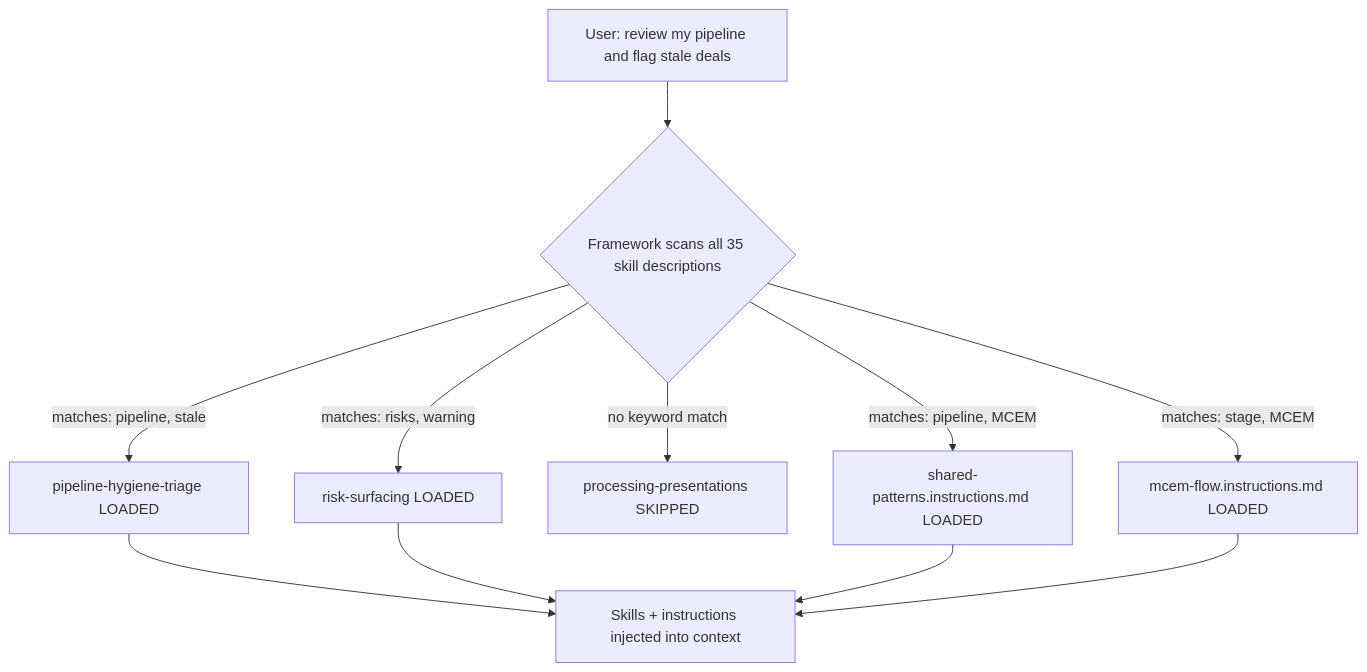
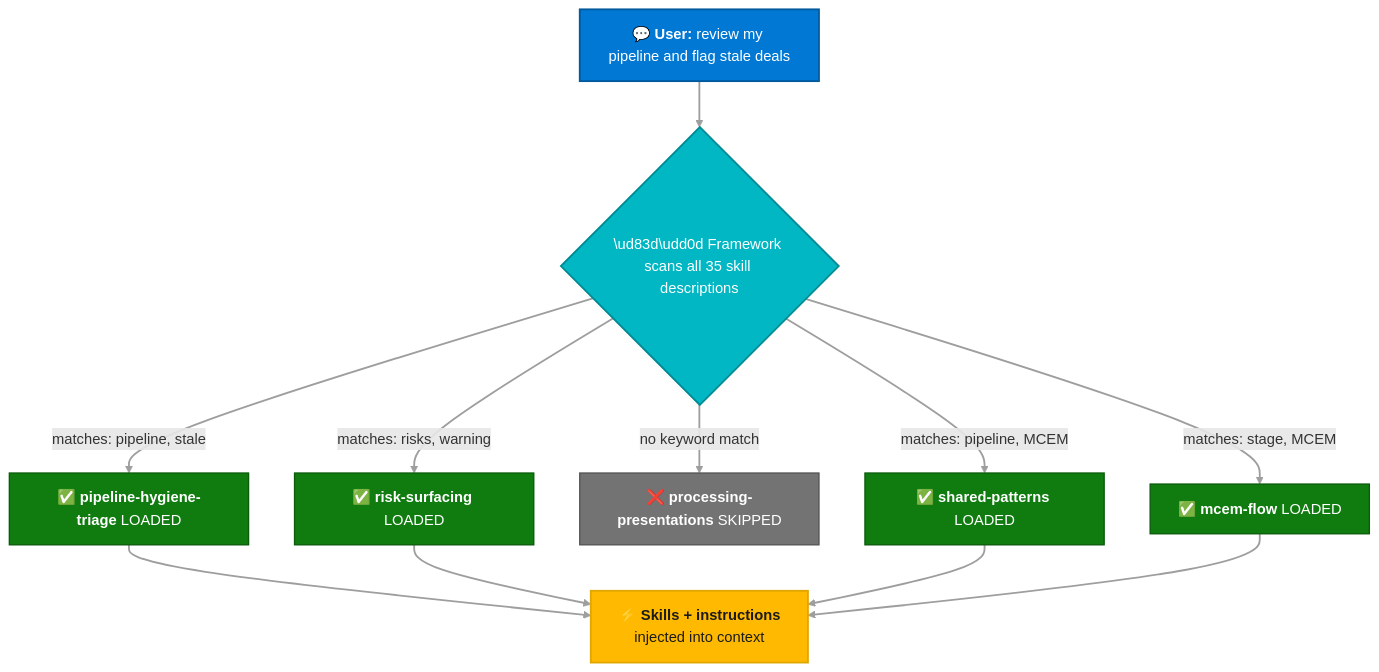
The second of 6 diagrams in site/docs/architecture/context-optimization.md (mjhoffmeister/MCAPS-IQ), drawn with Mermaid before and after one commit. The commit also changed other lines of this file and 57 other files, not shown here.

Commit message:
Refactor mkdocs configuration: remove navigation.expand, update mermaid format, and reorganize nav structure

````diff
--- a/site/docs/architecture/context-optimization.md
+++ b/site/docs/architecture/context-optimization.md
@@ -64,17 +74,28 @@
 ```mermaid
 graph TD
-    P["User: review my pipeline and flag stale deals"]
-    P --> M{Framework scans all 35 skill descriptions}
+    P["💬 <b>User:</b> review my pipeline and flag stale deals"]
+    P --> M{"\ud83d\udd0d Framework scans all 35 skill descriptions"}
 
-    M -->|"matches: pipeline, stale"| S1["pipeline-hygiene-triage LOADED"]
-    M -->|"matches: risks, warning"| S2["risk-surfacing LOADED"]
-    M -->|no keyword match| S3["processing-presentations SKIPPED"]
+    M -->|"matches: pipeline, stale"| S1["✅ <b>pipeline-hygiene-triage</b> LOADED"]
+    M -->|"matches: risks, warning"| S2["✅ <b>risk-surfacing</b> LOADED"]
+    M -->|"no keyword match"| S3["❌ <b>processing-presentations</b> SKIPPED"]
 
-    S1 --> SK[Skills + instructions injected into context]
+    S1 --> SK["⚡ <b>Skills + instructions</b><br/>injected into context"]
     S2 --> SK
 
-    M -->|"matches: pipeline, MCEM"| I1["shared-patterns.instructions.md LOADED"]
-    M -->|"matches: stage, MCEM"| I2["mcem-flow.instructions.md LOADED"]
+    M -->|"matches: pipeline, MCEM"| I1["✅ <b>shared-patterns</b> LOADED"]
+    M -->|"matches: stage, MCEM"| I2["✅ <b>mcem-flow</b> LOADED"]
     I1 --> SK
     I2 --> SK
+
+    style P fill:#0078D4,color:#fff,stroke:#005a9e,stroke-width:2px
+    style M fill:#00B7C3,color:#fff,stroke:#008b94,stroke-width:2px
+    style S1 fill:#107C10,color:#fff,stroke:#0a5c0a,stroke-width:1.5px
+    style S2 fill:#107C10,color:#fff,stroke:#0a5c0a,stroke-width:1.5px
+    style S3 fill:#737373,color:#fff,stroke:#555,stroke-width:1.5px
+    style I1 fill:#107C10,color:#fff,stroke:#0a5c0a,stroke-width:1.5px
+    style I2 fill:#107C10,color:#fff,stroke:#0a5c0a,stroke-width:1.5px
+    style SK fill:#FFB900,color:#1B1B1B,stroke:#e0a700,stroke-width:2px
+
+    linkStyle default stroke:#9e9e9e,stroke-width:2px
 ```
````
